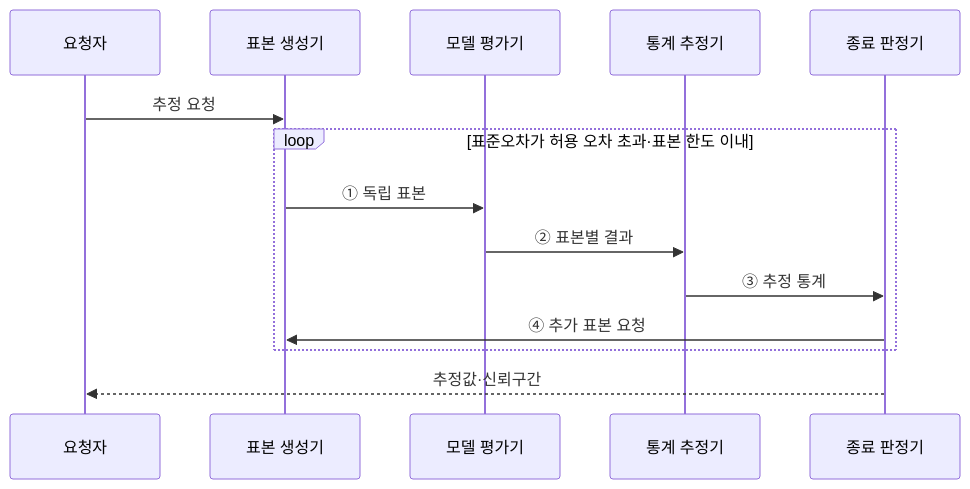
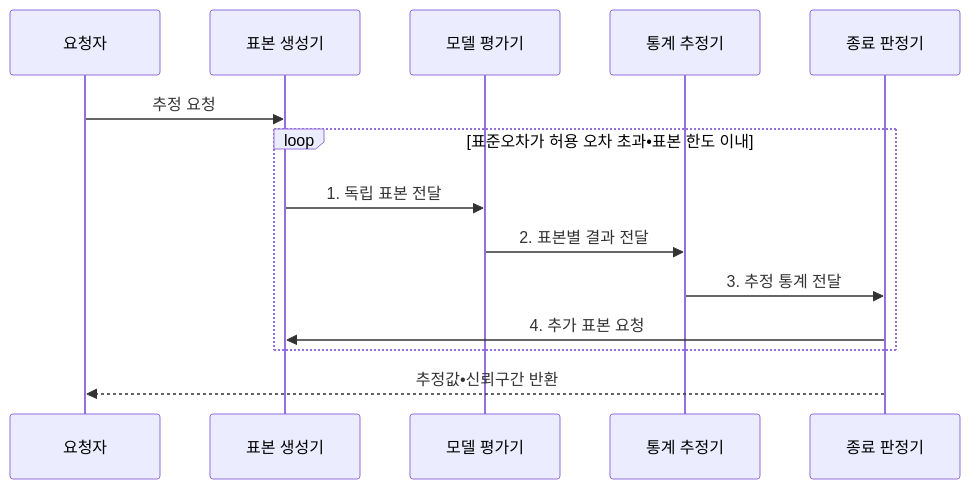
The third of 4 diagrams in src/content/docs/notes/01-basic-theory/017_monte_carlo.md (agnusdei1207/knowledge-base), drawn with Mermaid before and after one commit. The commit also changed other lines of this file and 20 other files, not shown here.

````diff
--- a/src/content/docs/notes/01-basic-theory/017_monte_carlo.md
+++ b/src/content/docs/notes/01-basic-theory/017_monte_carlo.md
@@ -105,16 +107,16 @@
 ```mermaid
 sequenceDiagram
     participant Q as 요청자
     participant G as 표본 생성기
     participant M as 모델 평가기
     participant E as 통계 추정기
     participant C as 종료 판정기
     Q->>G: 추정 요청
-    loop 표준오차가 허용 오차 초과·표본 한도 이내
-        G->>M: ① 독립 표본
-        M->>E: ② 표본별 결과
-        E->>C: ③ 추정 통계
-        C->>G: ④ 추가 표본 요청
+    loop 표준오차가 허용 오차 초과•표본 한도 이내
+        G->>M: 1. 독립 표본 전달
+        M->>E: 2. 표본별 결과 전달
+        E->>C: 3. 추정 통계 전달
+        C->>G: 4. 추가 표본 요청
     end
-    C-->>Q: 추정값·신뢰구간
+    C-->>Q: 추정값•신뢰구간 반환
 ```
````
